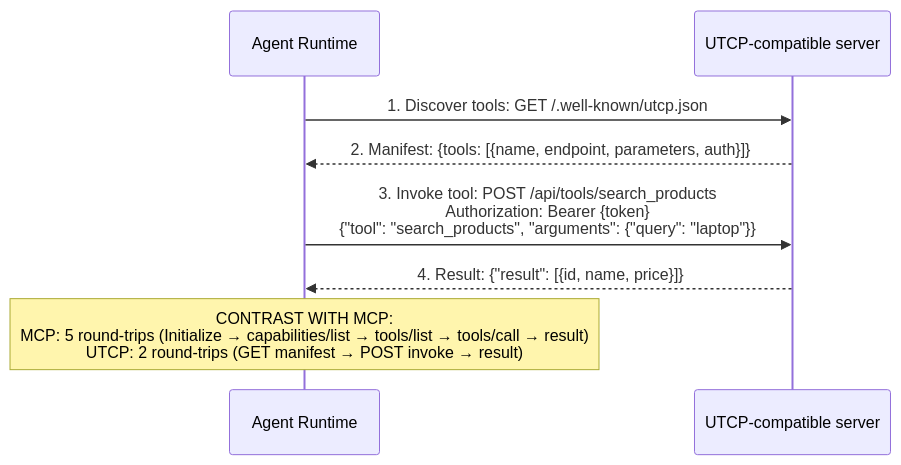
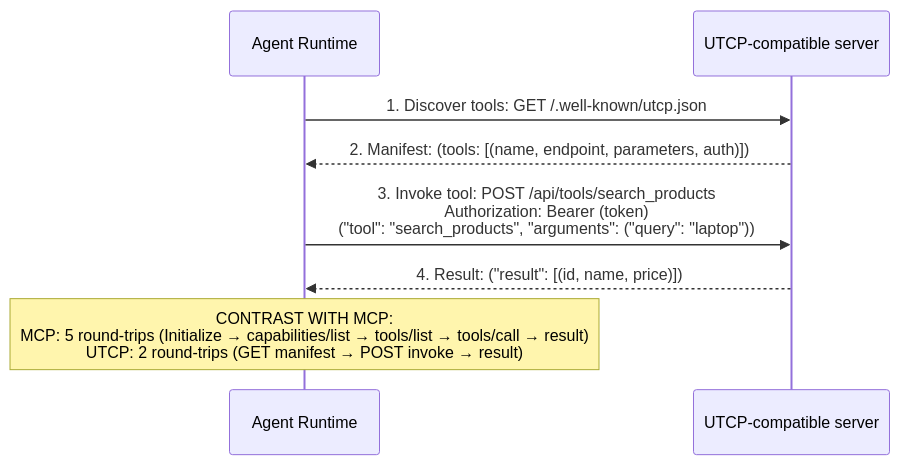
The diagram in docs/protocols/parts/19-emerging-protocols-agui-utcp-part2.md (skbnai/archon), drawn with Mermaid before and after one commit. The commit also changed 10 other files, not shown here.

First line of the commit message:
fix(sidebar,protocols): populate sidebar nav + fix mermaid brace parse errors

````diff
--- a/docs/protocols/parts/19-emerging-protocols-agui-utcp-part2.md
+++ b/docs/protocols/parts/19-emerging-protocols-agui-utcp-part2.md
@@ -92,13 +92,13 @@
 ```mermaid
 sequenceDiagram
     participant Agent as Agent Runtime
     participant Server as UTCP-compatible server
     
     Agent->>Server: 1. Discover tools: GET /.well-known/utcp.json
-    Server-->>Agent: 2. Manifest: {tools: [{name, endpoint, parameters, auth}]}
+    Server-->>Agent: 2. Manifest: (tools: [(name, endpoint, parameters, auth)])
     
-    Agent->>Server: 3. Invoke tool: POST /api/tools/search_products<br/>Authorization: Bearer {token}<br/>{"tool": "search_products", "arguments": {"query": "laptop"}}
-    Server-->>Agent: 4. Result: {"result": [{id, name, price}]}
+    Agent->>Server: 3. Invoke tool: POST /api/tools/search_products<br/>Authorization: Bearer (token)<br/>("tool": "search_products", "arguments": ("query": "laptop"))
+    Server-->>Agent: 4. Result: ("result": [(id, name, price)])
     
     Note over Agent: CONTRAST WITH MCP:<br/>MCP: 5 round-trips (Initialize → capabilities/list → tools/list → tools/call → result)<br/>UTCP: 2 round-trips (GET manifest → POST invoke → result)
 ```
````
